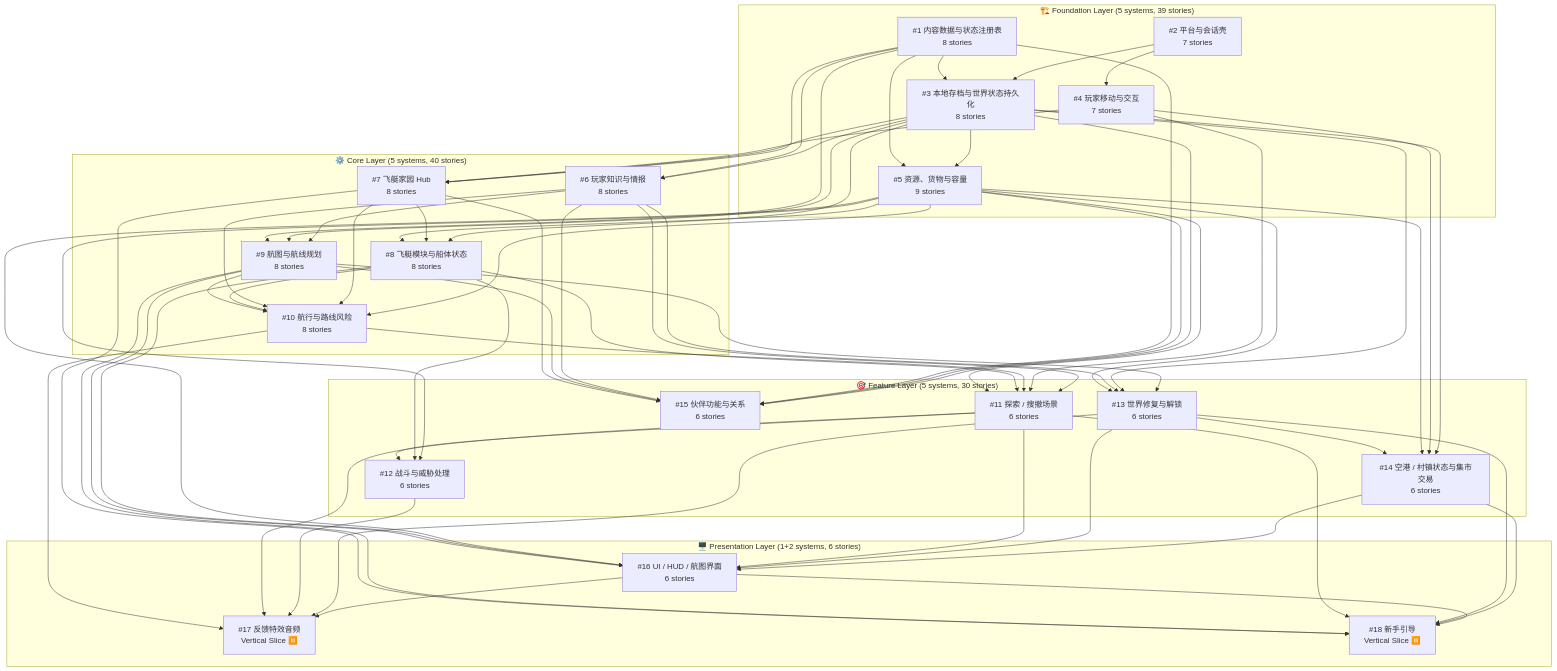
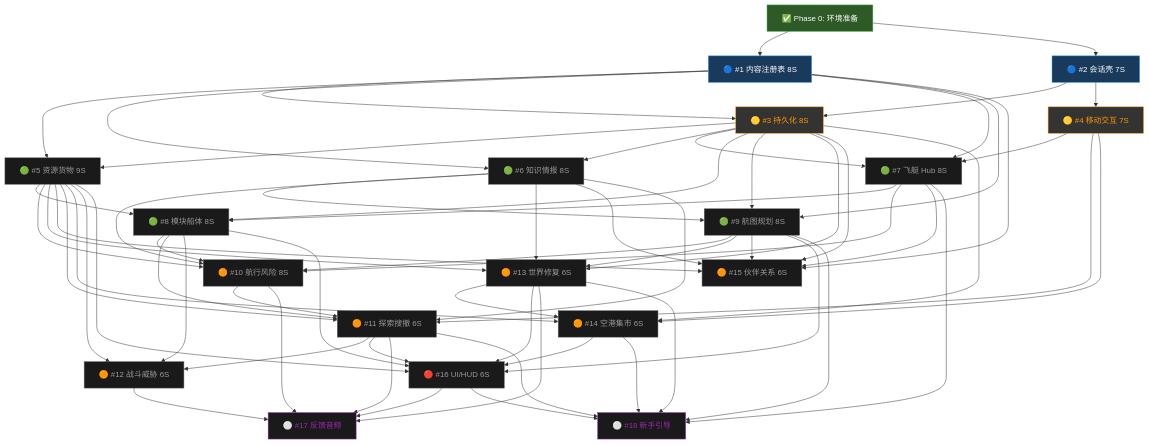
Before and after one commit to lieinsay/Claude-Code-Game-Studios: the second of 3 diagrams in docs/reference/production-flowchart.md, drawn with Mermaid. The commit also changed other lines of this file, not shown here.

Commit message:
更新 production-flowchart 文档结构

````diff
--- a/docs/reference/production-flowchart.md
+++ b/docs/reference/production-flowchart.md
@@ -54,100 +60,109 @@
 ```mermaid
-graph TB
-    %% --- Foundation Layer ---
-    subgraph Foundation["🏗️ Foundation Layer (5 systems, 39 stories)"]
-        S1["#1 内容数据与状态注册表<br/>8 stories"]
-        S2["#2 平台与会话壳<br/>7 stories"]
-        S3["#3 本地存档与世界状态持久化<br/>8 stories"]
-        S4["#4 玩家移动与交互<br/>7 stories"]
-        S5["#5 资源、货物与容量<br/>9 stories"]
-    end
+graph TD
+    classDef done fill:#2d5a27,stroke:#4caf50,color:#fff
+    classDef active fill:#1a3a5c,stroke:#2196f3,color:#fff
+    classDef next fill:#333,stroke:#ff9800,color:#ff9800
+    classDef future fill:#1a1a1a,stroke:#666,color:#999
+    classDef vs fill:#1a1a1a,stroke:#9c27b0,color:#9c27b0
 
-    %% --- Core Layer ---
-    subgraph Core["⚙️ Core Layer (5 systems, 40 stories)"]
-        S6["#6 玩家知识与情报<br/>8 stories"]
-        S7["#7 飞艇家园 Hub<br/>8 stories"]
-        S8["#8 飞艇模块与船体状态<br/>8 stories"]
-        S9["#9 航图与航线规划<br/>8 stories"]
-        S10["#10 航行与路线风险<br/>8 stories"]
-    end
+    P0["✅ Phase 0: 环境准备"]:::done
 
-    %% --- Feature Layer ---
-    subgraph Feature["🎯 Feature Layer (5 systems, 30 stories)"]
-        S11["#11 探索 / 搜撤场景<br/>6 stories"]
-        S12["#12 战斗与威胁处理<br/>6 stories"]
-        S13["#13 世界修复与解锁<br/>6 stories"]
-        S14["#14 空港 / 村镇状态与集市交易<br/>6 stories"]
-        S15["#15 伙伴功能与关系<br/>6 stories"]
-    end
+    S1["🔵 #1 内容注册表 8S"]:::active
+    S2["🔵 #2 会话壳 7S"]:::active
 
-    %% --- Presentation Layer ---
-    subgraph Presentation["🖥️ Presentation Layer (1+2 systems, 6 stories)"]
-        S16["#16 UI / HUD / 航图界面<br/>6 stories"]
-        S17["#17 反馈特效音频<br/>Vertical Slice ⏸️"]
-        S18["#18 新手引导<br/>Vertical Slice ⏸️"]
-    end
+    S3["🟡 #3 持久化 8S"]:::next
+    S4["🟡 #4 移动交互 7S"]:::next
 
-    %% Foundation internal dependencies
+    S5["🟢 #5 资源货物 9S"]:::future
+    S6["🟢 #6 知识情报 8S"]:::future
+    S7["🟢 #7 飞艇 Hub 8S"]:::future
+
+    S8["🟢 #8 模块船体 8S"]:::future
+    S9["🟢 #9 航图规划 8S"]:::future
+
+    S10["🟠 #10 航行风险 8S"]:::future
+    S13["🟠 #13 世界修复 6S"]:::future
+    S15["🟠 #15 伙伴关系 6S"]:::future
+
+    S11["🟠 #11 探索搜撤 6S"]:::future
+    S14["🟠 #14 空港集市 6S"]:::future
+
+    S12["🟠 #12 战斗威胁 6S"]:::future
+
+    S16["🔴 #16 UI/HUD 6S"]:::future
+
+    S17["⚪ #17 反馈音频"]:::vs
+    S18["⚪ #18 新手引导"]:::vs
+
+    P0 --> S1
+    P0 --> S2
+
     S1 --> S3
     S2 --> S3
     S2 --> S4
 
-    %% Core: depends on Foundation
     S1 --> S5
     S3 --> S5
     S1 --> S6
     S3 --> S6
+    S1 --> S7
+    S3 --> S7
     S4 --> S7
-    S3 --> S7
-    S1 --> S7
+
     S5 --> S8
     S7 --> S8
     S3 --> S8
+
+    S6 --> S9
     S1 --> S9
     S3 --> S9
-    S6 --> S9
 
-    %% Feature: depends on Core
-    S9 --> S10
-    S8 --> S10
+    S5 --> S10
     S6 --> S10
     S7 --> S10
-    S5 --> S10
+    S8 --> S10
+    S9 --> S10
+
+    S3 --> S13
+    S5 --> S13
+    S6 --> S13
+    S9 --> S13
+
+    S1 --> S15
+    S3 --> S15
+    S5 --> S15
+    S6 --> S15
+    S7 --> S15
+    S9 --> S15
+
+    S4 --> S11
     S5 --> S11
+    S6 --> S11
     S8 --> S11
     S10 --> S11
-    S4 --> S11
-    S6 --> S11
+
+    S3 --> S14
+    S4 --> S14
+    S5 --> S14
+    S13 --> S14
+
+    S5 --> S12
+    S8 --> S12
     S11 --> S12
-    S8 --> S12
-    S5 --> S12
-    S5 --> S13
-    S6 --> S13
-    S3 --> S13
-    S9 --> S13
-    S13 --> S14
-    S5 --> S14
-    S4 --> S14
-    S3 --> S14
-    S7 --> S15
-    S9 --> S15
-    S6 --> S15
-    S1 --> S15
-    S5 --> S15
-    S3 --> S15
 
-    %% Presentation: depends on Feature
+    S5 --> S16
+    S8 --> S16
     S9 --> S16
-    S8 --> S16
-    S5 --> S16
     S11 --> S16
     S13 --> S16
     S14 --> S16
+
     S10 --> S17
     S11 --> S17
     S12 --> S17
     S13 --> S17
     S16 --> S17
+
     S7 --> S18
     S9 --> S18
     S11 --> S18
````
